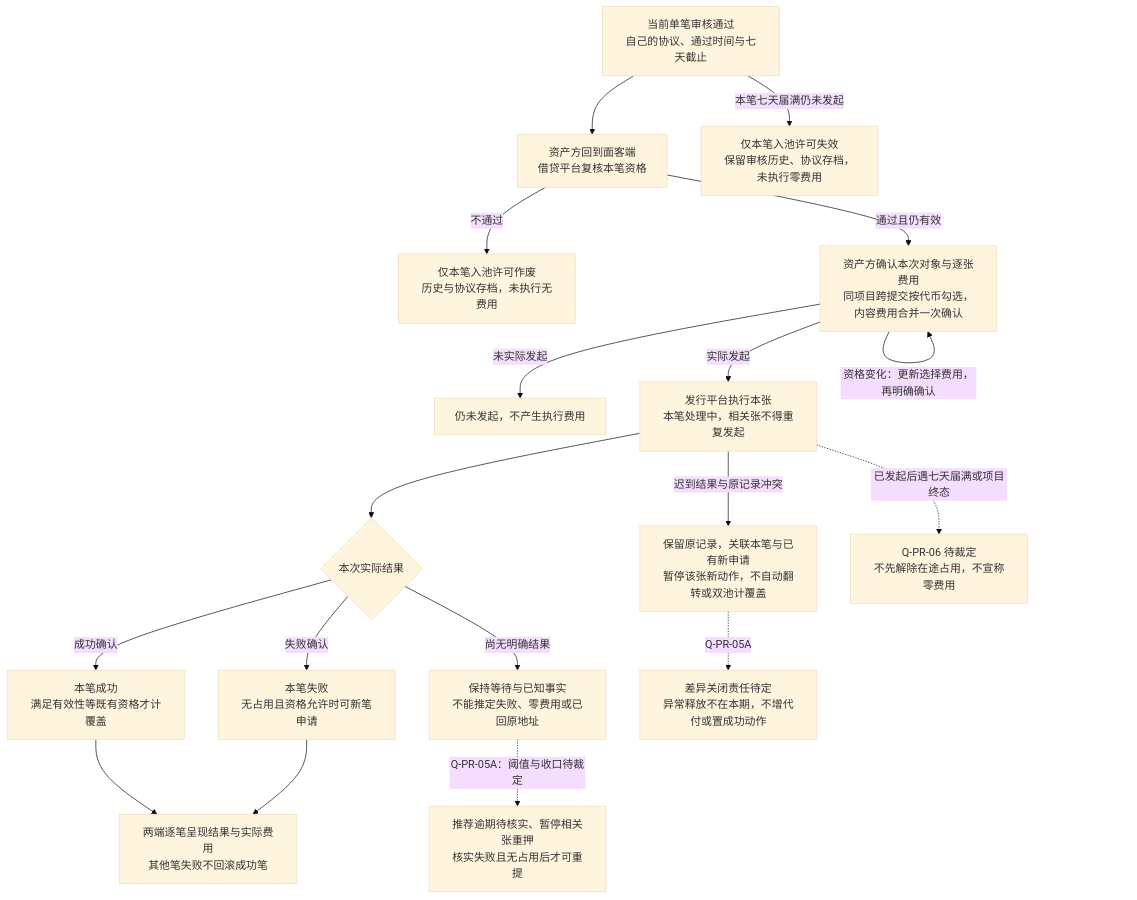
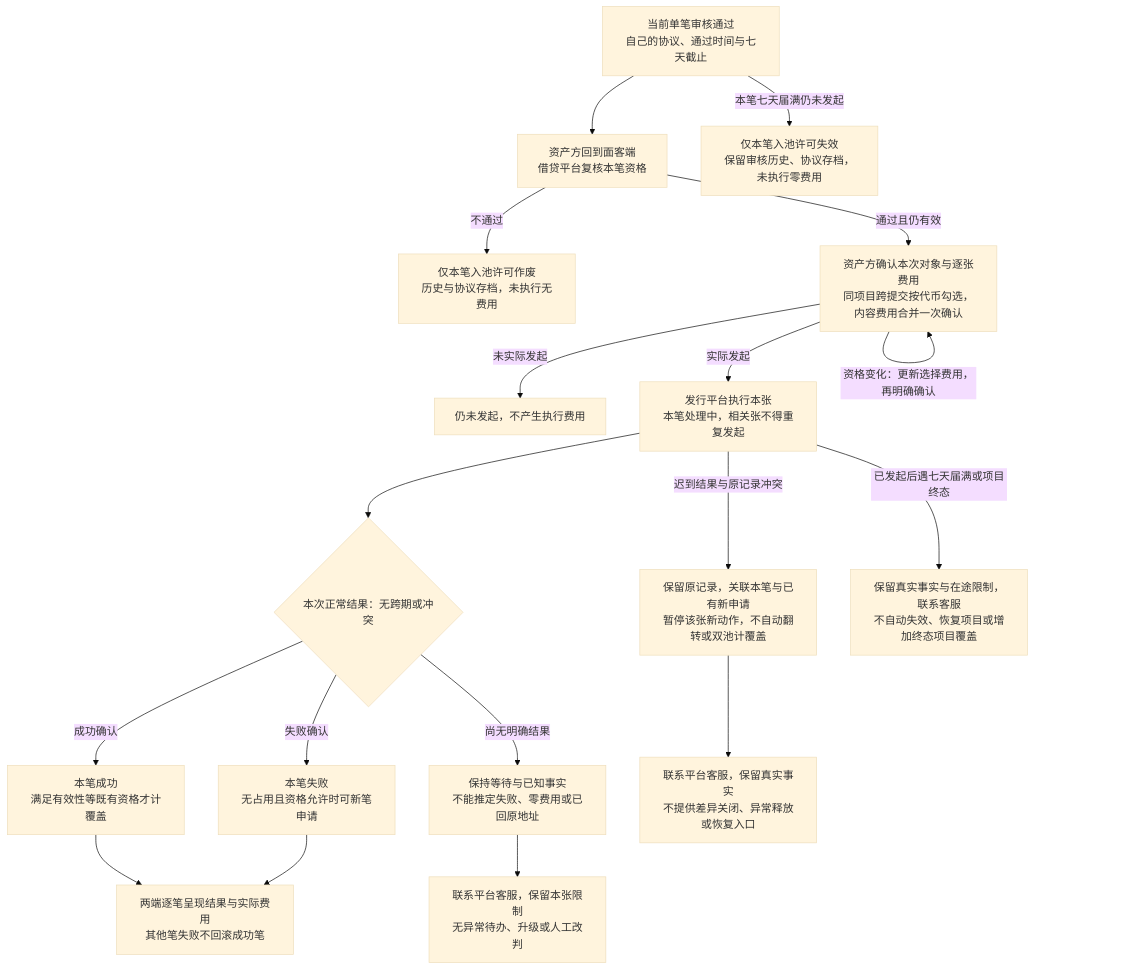
The second of 6 diagrams in lending-platform/PRD/v1.0-代币质押审核/v1.0-代币质押审核-流程图与状态机.md (wxblockchain/Chain-Financing), drawn with Mermaid (base theme) before and after one commit. The commit also changed other lines of this file and 2 other files, not shown here.

````diff
--- a/lending-platform/PRD/v1.0-代币质押审核/v1.0-代币质押审核-流程图与状态机.md
+++ b/lending-platform/PRD/v1.0-代币质押审核/v1.0-代币质押审核-流程图与状态机.md
@@ -58,20 +58,20 @@
 ```mermaid
 flowchart TD
   A["当前单笔审核通过<br/>自己的协议、通过时间与七天截止"] --> B["资产方回到面客端<br/>借贷平台复核本笔资格"]
   B -- "不通过" --> C["仅本笔入池许可作废<br/>历史与协议存档，未执行无费用"]
   B -- "通过且仍有效" --> D["资产方确认本次对象与逐张费用<br/>同项目跨提交按代币勾选，内容费用合并一次确认"]
   D -- "未实际发起" --> E["仍未发起，不产生执行费用"]
   D -- "资格变化：更新选择费用，再明确确认" --> D
   D -- "实际发起" --> F["发行平台执行本张<br/>本笔处理中，相关张不得重复发起"]
-  F --> G{"本次实际结果"}
+  F --> G{"本次正常结果：无跨期或冲突"}
   G -- "成功确认" --> H["本笔成功<br/>满足有效性等既有资格才计覆盖"]
   G -- "失败确认" --> I["本笔失败<br/>无占用且资格允许时可新笔申请"]
   G -- "尚无明确结果" --> J["保持等待与已知事实<br/>不能推定失败、零费用或已回原地址"]
   H --> K["两端逐笔呈现结果与实际费用<br/>其他笔失败不回滚成功笔"]
   I --> K
-  J -. "Q-PR-05A：阈值与收口待裁定" .-> U["推荐逾期待核实、暂停相关张重押<br/>核实失败且无占用后才可重提"]
+  J --> U["联系平台客服，保留本张限制<br/>无异常待办、升级或人工改判"]
   F -- "迟到结果与原记录冲突" --> L["保留原记录，关联本笔与已有新申请<br/>暂停该张新动作，不自动翻转或双池计覆盖"]
-  L -. "Q-PR-05A" .-> N["差异关闭责任待定<br/>异常释放不在本期，不增代付或置成功动作"]
+  L --> N["联系平台客服，保留真实事实<br/>不提供差异关闭、异常释放或恢复入口"]
   A -- "本笔七天届满仍未发起" --> O["仅本笔入池许可失效<br/>保留审核历史、协议存档，未执行零费用"]
-  F -. "已发起后遇七天届满或项目终态" .-> P["Q-PR-06 待裁定<br/>不先解除在途占用，不宣称零费用"]
+  F -- "已发起后遇七天届满或项目终态" --> P["保留真实事实与在途限制，联系客服<br/>不自动失效、恢复项目或增加终态项目覆盖"]
 ```
````
